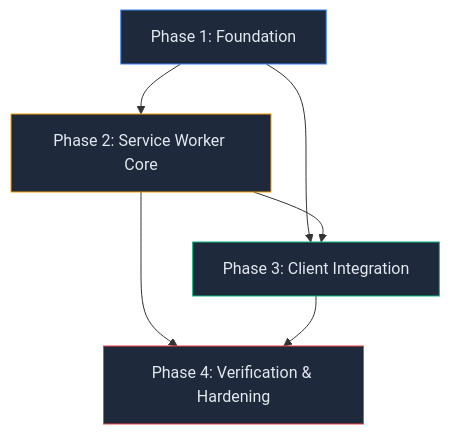
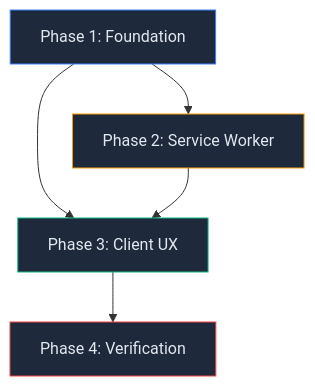
One commit to TerribleTurtle/spellcastersdb changed the diagram in docs/PWA_PLAN.md. Above: the diagram before and after it, drawn with Mermaid. The commit also changed other lines of this file and 30 other files, not shown here.

````diff
--- a/docs/PWA_PLAN.md
+++ b/docs/PWA_PLAN.md
@@ -50,13 +61,12 @@
 ```mermaid
 graph TD
-    P1[Phase 1: Foundation] --> P2[Phase 2: Service Worker Core]
-    P1 --> P3[Phase 3: Client Integration]
+    P1[Phase 1: Foundation] --> P2[Phase 2: Service Worker]
+    P1 --> P3[Phase 3: Client UX]
     P2 --> P3
-    P2 --> P4[Phase 4: Verification & Hardening]
-    P3 --> P4
+    P3 --> P4[Phase 4: Verification]
 
     style P1 fill:#1e293b,stroke:#3b82f6,color:#e2e8f0
     style P2 fill:#1e293b,stroke:#f59e0b,color:#e2e8f0
     style P3 fill:#1e293b,stroke:#10b981,color:#e2e8f0
     style P4 fill:#1e293b,stroke:#ef4444,color:#e2e8f0
 ```
````
